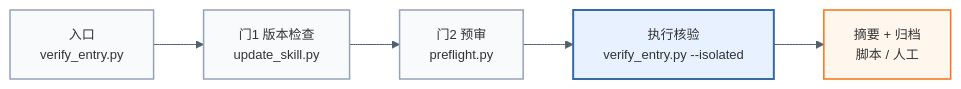
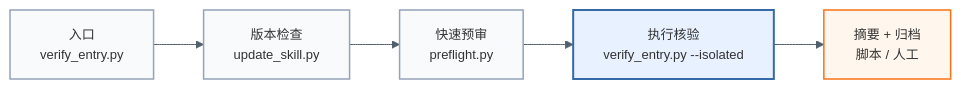
Before and after one commit to KnowledgeXLab/sci-asset-verify-skill: the first of 4 diagrams in README.md, drawn with Mermaid. The commit also changed other lines of this file and 7 other files, not shown here.

````diff
--- a/README.md
+++ b/README.md
@@ -262,12 +173,12 @@
 ```mermaid
 %%{init: {"theme": "base", "themeVariables": {"fontSize": "13px", "lineColor": "#52606d"}}}%%
 flowchart LR
-    A["入口<br/>verify_entry.py"] --> B["门1 版本检查<br/>update_skill.py"] --> C["门2 预审<br/>preflight.py"] --> D["执行核验<br/>verify_entry.py --isolated"] --> E["摘要 + 归档<br/>脚本 / 人工"]
+    A["入口<br/>verify_entry.py"] --> B["版本检查<br/>update_skill.py"] --> C["快速预审<br/>preflight.py"] --> D["执行核验<br/>verify_entry.py --isolated"] --> E["摘要 + 归档<br/>脚本 / 人工"]
 
     classDef script fill:#f8fafc,stroke:#94a3b8,stroke-width:1.5px;
     classDef human fill:#fff7ed,stroke:#f97316,stroke-width:1.5px;
     classDef focus fill:#e8f1ff,stroke:#3569a8,stroke-width:2px;
     class A,B,C script;
     class D focus;
     class E human;
 ```
````
